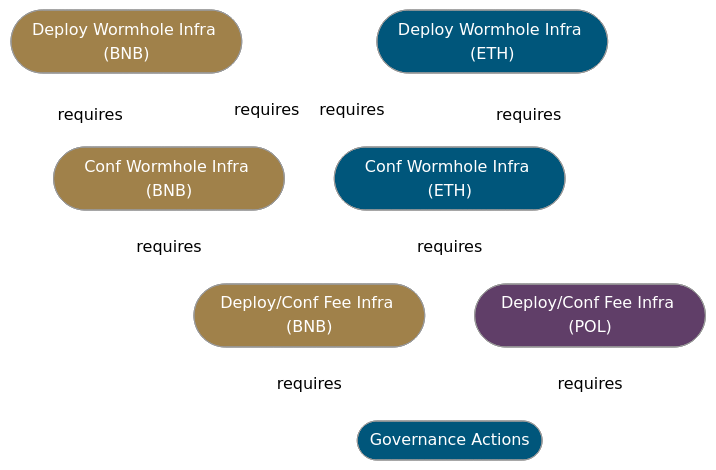
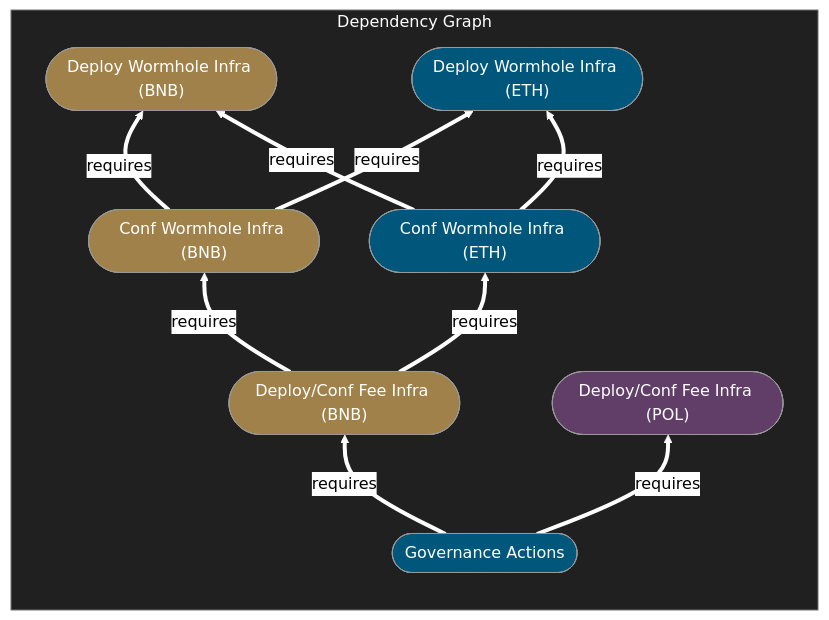
One commit to Uniswap/protocol-fees changed the first of 7 diagrams in script/proposal-4/Index.md. Above: the diagram before and after it, drawn with Mermaid (neutral theme).

````diff
--- a/script/proposal-4/Index.md
+++ b/script/proposal-4/Index.md
@@ -65,25 +65,30 @@
 ```mermaid
 flowchart BT
     DWIB(["Deploy Wormhole Infra (BNB)"]):::on_bnb
     DWIE(["Deploy Wormhole Infra (ETH)"]):::on_eth
     CWIB(["Conf Wormhole Infra (BNB)"]):::on_bnb
     CWIE(["Conf Wormhole Infra (ETH)"]):::on_eth
     DCFIB(["Deploy/Conf Fee Infra (BNB)"]):::on_bnb
     DCFIP(["Deploy/Conf Fee Infra (POL)"]):::on_pol
     GA(["Governance Actions"]):::on_eth
 
-    GA      -->|requires| DCFIB
-    GA      -->|requires| DCFIP
-    DCFIB   -->|requires| CWIB
-    DCFIB   -->|requires| CWIE
-    CWIB    -->|requires| DWIB
-    CWIB    -->|requires| DWIE
-    CWIE    -->|requires| DWIB
-    CWIE    -->|requires| DWIE
+    subgraph dg[Dependency Graph]
+        direction BT
+        GA      -->|requires| DCFIB
+        GA      -->|requires| DCFIP
+        DCFIB   -->|requires| CWIB
+        DCFIB   -->|requires| CWIE
+        CWIB    -->|requires| DWIB
+        CWIB    -->|requires| DWIE
+        CWIE    -->|requires| DWIB
+        CWIE    -->|requires| DWIE
+    end
+    dg:::dg
 
     classDef on_bnb fill:#a0814a,color:#fff
     classDef on_eth fill:#00567b,color:#fff
     classDef on_pol fill:#603e68,color:#fff
+    classDef dg fill:#202020,color:#fff
 
-    linkStyle 0,1,2,3,4,5,6,7 stroke:#fff,stroke-width:4px
+    linkStyle default stroke:#fff,stroke-width:4px
 ```
````
